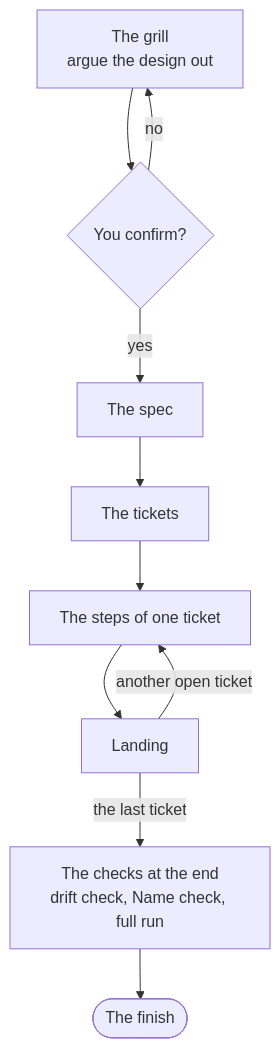
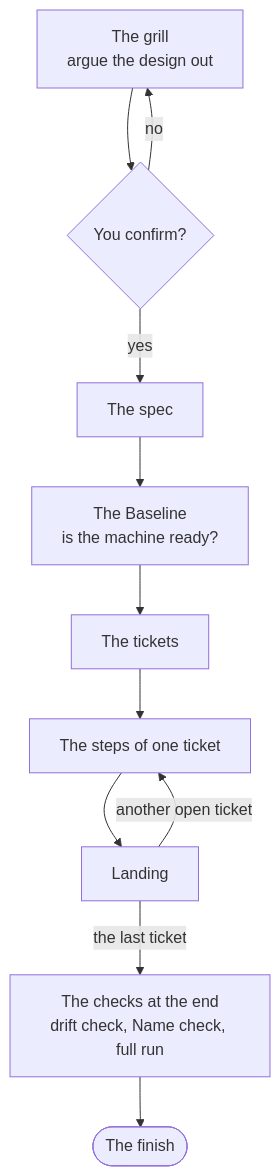
One commit to MalcolmMcNeely/skillworks changed the diagram in docs/usage/the-loop.md. Above: the diagram before and after it, drawn with Mermaid. The commit also changed other lines of this file and 7 other files, not shown here.

First line of the commit message:
A run checks that the machine is ready in a Baseline before the Cut

````diff
--- a/docs/usage/the-loop.md
+++ b/docs/usage/the-loop.md
@@ -11,12 +11,13 @@
 ```mermaid
 flowchart TD
     grill["The grill<br/>argue the design out"] --> gate{"You confirm?"}
     gate -- no --> grill
     gate -- yes --> spec["The spec"]
-    spec --> tickets["The tickets"]
+    spec --> baseline["The Baseline<br/>is the machine ready?"]
+    baseline --> tickets["The tickets"]
     tickets --> steps["The steps of one ticket"]
     steps --> land["Landing"]
     land -- "another open ticket" --> steps
     land -- "the last ticket" --> checks["The checks at the end<br/>drift check, Name check, full run"]
     checks --> finish(["The finish"])
 ```
````
